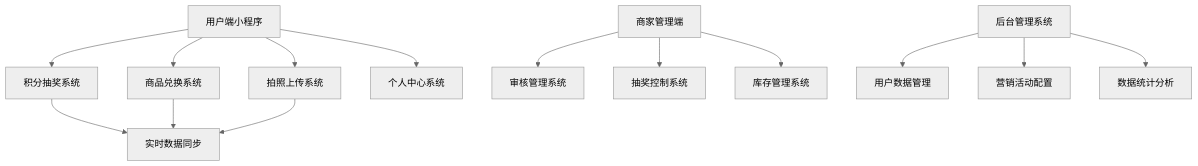
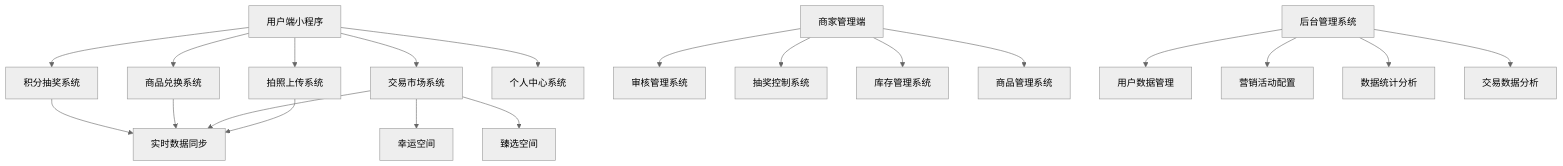
The first of 7 diagrams in 产品功能结构描述.md (qwerasdf659/tiangongqianduan), drawn with Mermaid (neutral theme) before and after one commit. The commit also changed other lines of this file and 33 other files, not shown here.

````diff
--- a/产品功能结构描述.md
+++ b/产品功能结构描述.md
@@ -61,19 +59,26 @@
 ```mermaid
 graph TD
     A[用户端小程序] --> B[积分抽奖系统]
     A --> C[商品兑换系统]
+    A --> C1[交易市场系统]
     A --> D[拍照上传系统]
     A --> E[个人中心系统]
+    
+    C1 --> C1A[幸运空间]
+    C1 --> C1B[臻选空间]
     
     F[商家管理端] --> G[审核管理系统]
     F --> H[抽奖控制系统]
     F --> I[库存管理系统]
+    F --> I1[商品管理系统]
     
     B --> J[实时数据同步]
     C --> J
+    C1 --> J
     D --> J
     
     K[后台管理系统] --> L[用户数据管理]
     K --> M[营销活动配置]
     K --> N[数据统计分析]
+    K --> N1[交易数据分析]
 ```
````
